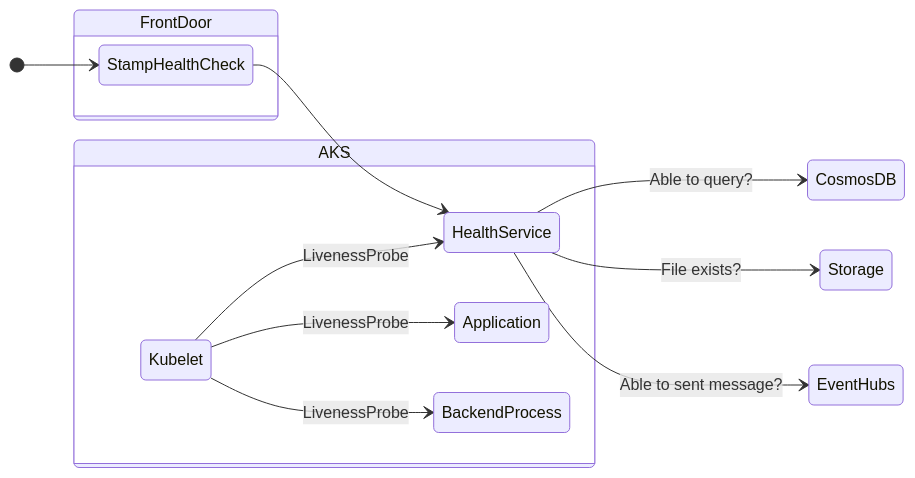
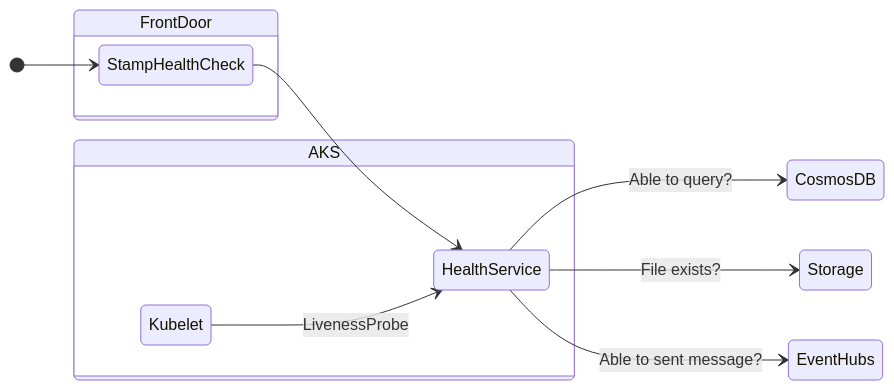
Before and after one commit to Azure/Mission-Critical-Online: the diagram in src/app/AlwaysOn.HealthService/README.md, drawn with Mermaid.

````diff
--- a/src/app/AlwaysOn.HealthService/README.md
+++ b/src/app/AlwaysOn.HealthService/README.md
@@ -5,19 +5,17 @@
 ```mermaid
 stateDiagram
     direction LR
     [*] --> StampHealthCheck
     state FrontDoor {
     StampHealthCheck --> HealthService
     }
     state AKS {
         direction RL
         Kubelet
         HealthService
-        Kubelet --> Application: LivenessProbe
-        Kubelet --> BackendProcess: LivenessProbe
         Kubelet --> HealthService: LivenessProbe
     }
     HealthService --> CosmosDB: Able to query?
     HealthService --> Storage: File exists?
     HealthService --> EventHubs: Able to sent message?
 ```
````
